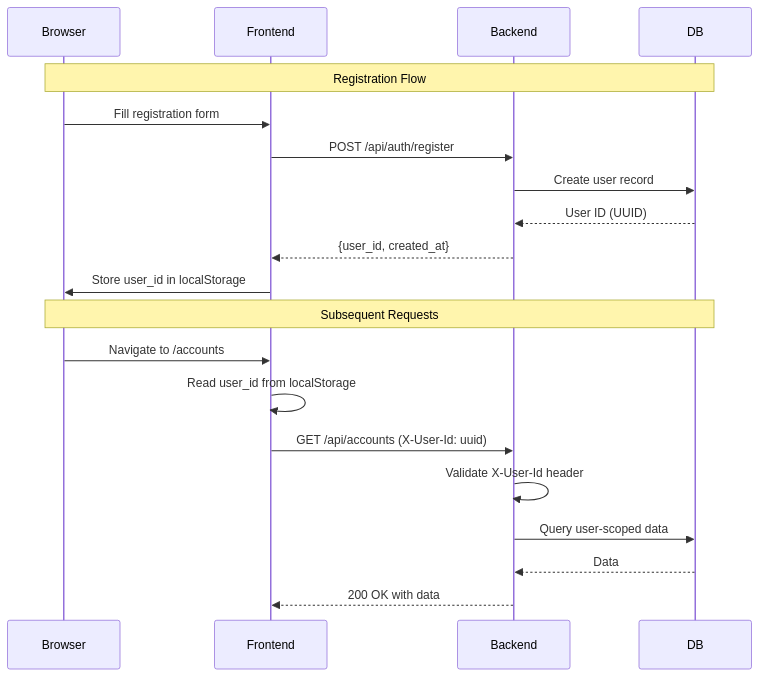
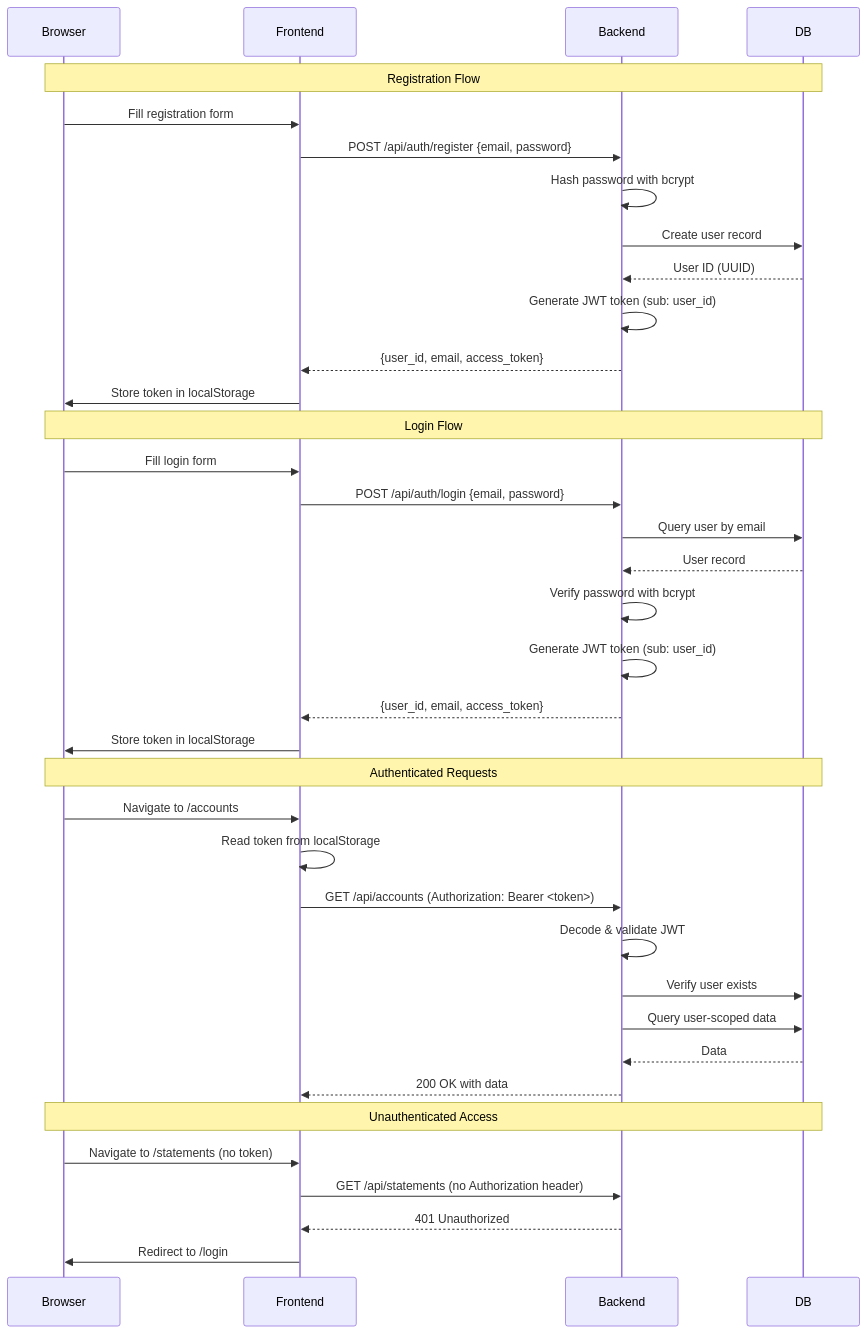
One commit to wangzitian0/finance_report changed the diagram in docs/ssot/authentication.md. Above: the diagram before and after it, drawn with Mermaid. The commit also changed other lines of this file and 1 other file, not shown here.

First line of the commit message:
docs: update authentication.md to reflect JWT implementation

````diff
--- a/docs/ssot/authentication.md
+++ b/docs/ssot/authentication.md
@@ -22,24 +22,43 @@
 ```mermaid
 sequenceDiagram
     participant Browser
     participant Frontend
     participant Backend
     participant DB
 
     Note over Browser,DB: Registration Flow
     Browser->>Frontend: Fill registration form
-    Frontend->>Backend: POST /api/auth/register
+    Frontend->>Backend: POST /api/auth/register {email, password}
+    Backend->>Backend: Hash password with bcrypt
     Backend->>DB: Create user record
     DB-->>Backend: User ID (UUID)
-    Backend-->>Frontend: {user_id, created_at}
-    Frontend->>Browser: Store user_id in localStorage
+    Backend->>Backend: Generate JWT token (sub: user_id)
+    Backend-->>Frontend: {user_id, email, access_token}
+    Frontend->>Browser: Store token in localStorage
 
-    Note over Browser,DB: Subsequent Requests
+    Note over Browser,DB: Login Flow
+    Browser->>Frontend: Fill login form
+    Frontend->>Backend: POST /api/auth/login {email, password}
+    Backend->>DB: Query user by email
+    DB-->>Backend: User record
+    Backend->>Backend: Verify password with bcrypt
+    Backend->>Backend: Generate JWT token (sub: user_id)
+    Backend-->>Frontend: {user_id, email, access_token}
+    Frontend->>Browser: Store token in localStorage
+
+    Note over Browser,DB: Authenticated Requests
     Browser->>Frontend: Navigate to /accounts
-    Frontend->>Frontend: Read user_id from localStorage
-    Frontend->>Backend: GET /api/accounts (X-User-Id: uuid)
-    Backend->>Backend: Validate X-User-Id header
+    Frontend->>Frontend: Read token from localStorage
+    Frontend->>Backend: GET /api/accounts (Authorization: Bearer <token>)
+    Backend->>Backend: Decode & validate JWT
+    Backend->>DB: Verify user exists
     Backend->>DB: Query user-scoped data
     DB-->>Backend: Data
     Backend-->>Frontend: 200 OK with data
+    
+    Note over Browser,DB: Unauthenticated Access
+    Browser->>Frontend: Navigate to /statements (no token)
+    Frontend->>Backend: GET /api/statements (no Authorization header)
+    Backend-->>Frontend: 401 Unauthorized
+    Frontend->>Browser: Redirect to /login
 ```
````
